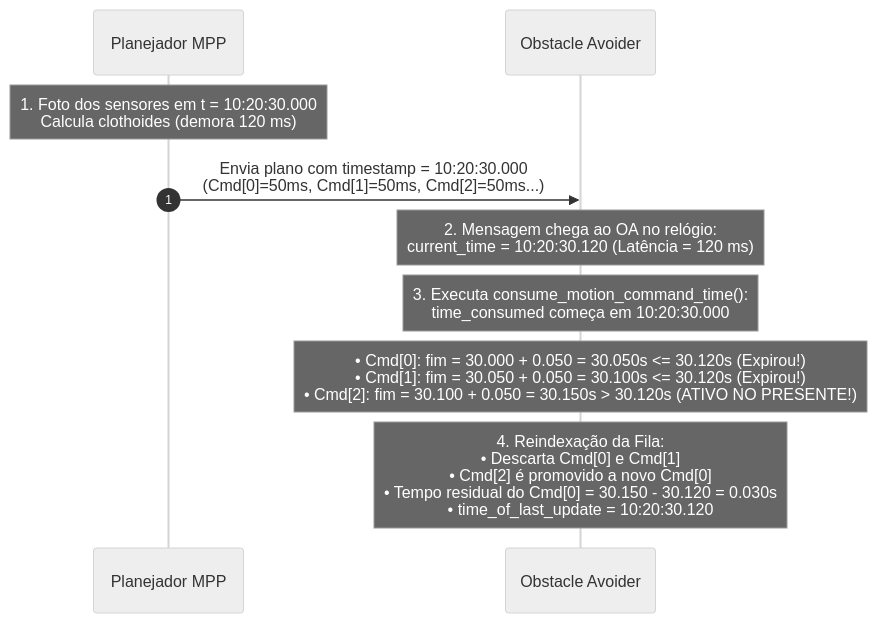
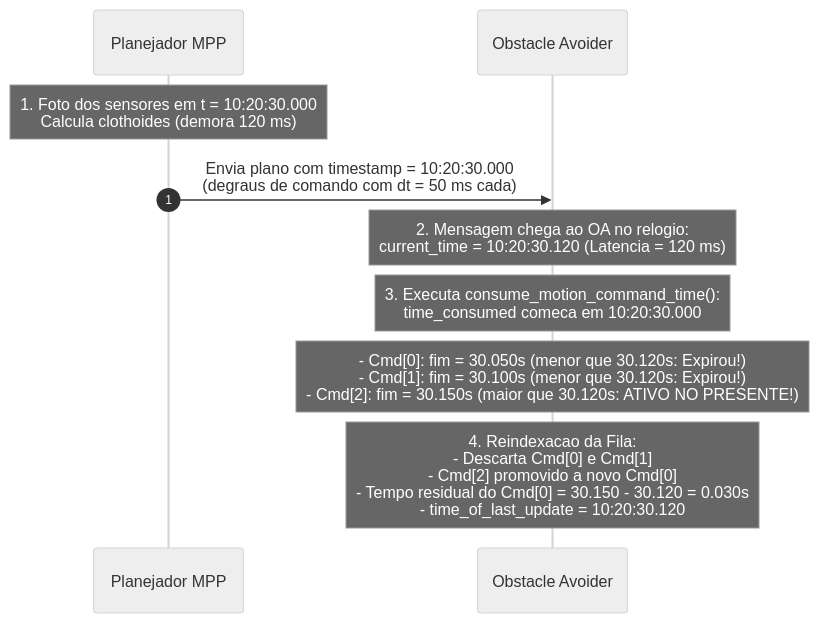
One commit to BrenoCSilva/lume changed the first of 2 diagrams in README.md. Above: the diagram before and after it, drawn with Mermaid (neutral theme). The commit also changed other lines of this file, not shown here.

````diff
--- a/README.md
+++ b/README.md
@@ -189,16 +189,16 @@
 ```mermaid
 sequenceDiagram
     autonumber
     participant MPP as Planejador MPP
     participant OA as Obstacle Avoider
 
     Note over MPP: 1. Foto dos sensores em t = 10:20:30.000<br/>Calcula clothoides (demora 120 ms)
-    MPP->>OA: Envia plano com timestamp = 10:20:30.000<br/>(Cmd[0]=50ms, Cmd[1]=50ms, Cmd[2]=50ms...)
+    MPP->>OA: Envia plano com timestamp = 10:20:30.000<br/>(degraus de comando com dt = 50 ms cada)
 
-    Note over OA: 2. Mensagem chega ao OA no relógio:<br/>current_time = 10:20:30.120 (Latência = 120 ms)
-    Note over OA: 3. Executa consume_motion_command_time():<br/>time_consumed começa em 10:20:30.000
+    Note over OA: 2. Mensagem chega ao OA no relogio:<br/>current_time = 10:20:30.120 (Latencia = 120 ms)
+    Note over OA: 3. Executa consume_motion_command_time():<br/>time_consumed comeca em 10:20:30.000
 
-    Note over OA: • Cmd[0]: fim = 30.000 + 0.050 = 30.050s <= 30.120s (Expirou!)<br/>• Cmd[1]: fim = 30.050 + 0.050 = 30.100s <= 30.120s (Expirou!)<br/>• Cmd[2]: fim = 30.100 + 0.050 = 30.150s > 30.120s (ATIVO NO PRESENTE!)
+    Note over OA: - Cmd[0]: fim = 30.050s (menor que 30.120s: Expirou!)<br/>- Cmd[1]: fim = 30.100s (menor que 30.120s: Expirou!)<br/>- Cmd[2]: fim = 30.150s (maior que 30.120s: ATIVO NO PRESENTE!)
 
-    Note over OA: 4. Reindexação da Fila:<br/>• Descarta Cmd[0] e Cmd[1]<br/>• Cmd[2] é promovido a novo Cmd[0]<br/>• Tempo residual do Cmd[0] = 30.150 - 30.120 = 0.030s<br/>• time_of_last_update = 10:20:30.120
+    Note over OA: 4. Reindexacao da Fila:<br/>- Descarta Cmd[0] e Cmd[1]<br/>- Cmd[2] promovido a novo Cmd[0]<br/>- Tempo residual do Cmd[0] = 30.150 - 30.120 = 0.030s<br/>- time_of_last_update = 10:20:30.120
 ```
````
